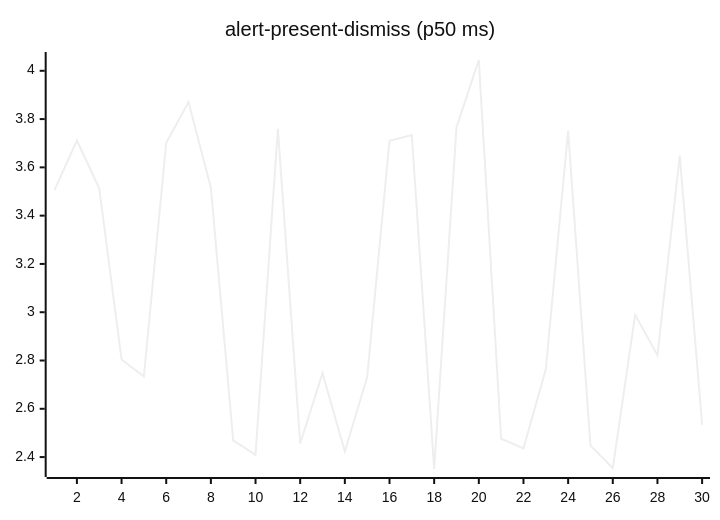
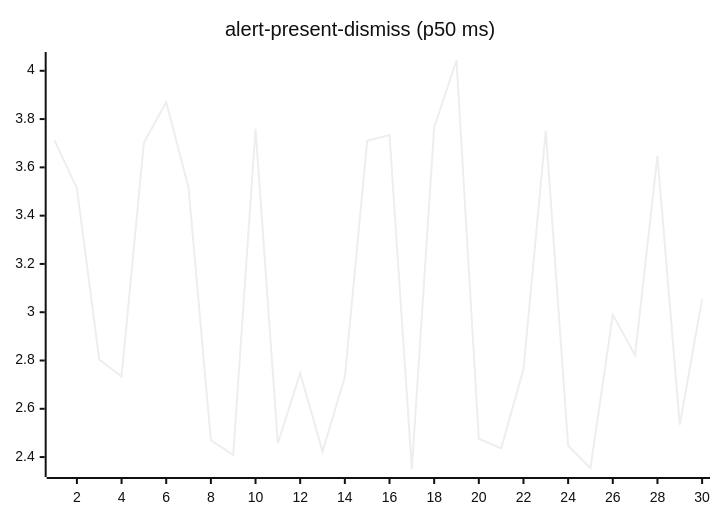
One commit to josha/Facet changed the second of 27 diagrams in README.md. Above: the diagram before and after it, drawn with Mermaid (neutral theme). The commit also changed other lines of this file and 2 other files, not shown here.

````diff
--- a/README.md
+++ b/README.md
@@ -70,6 +70,6 @@
 ```mermaid
 xychart-beta
     title "alert-present-dismiss (p50 ms)"
     x-axis 1 --> 30
-    line [3.5064, 3.7112, 3.5136, 2.8044, 2.7337, 3.7022, 3.8703, 3.5157, 2.4688, 2.4093, 3.7592, 2.4564, 2.7475, 2.4232, 2.7312, 3.7096, 3.7340, 2.3506, 3.7650, 4.0447, 2.4759, 2.4363, 2.7635, 3.7527, 2.4474, 2.3546, 2.9892, 2.8222, 3.6482, 2.5337]
+    line [3.7112, 3.5136, 2.8044, 2.7337, 3.7022, 3.8703, 3.5157, 2.4688, 2.4093, 3.7592, 2.4564, 2.7475, 2.4232, 2.7312, 3.7096, 3.7340, 2.3506, 3.7650, 4.0447, 2.4759, 2.4363, 2.7635, 3.7527, 2.4474, 2.3546, 2.9892, 2.8222, 3.6482, 2.5337, 3.0542]
 ```
````
